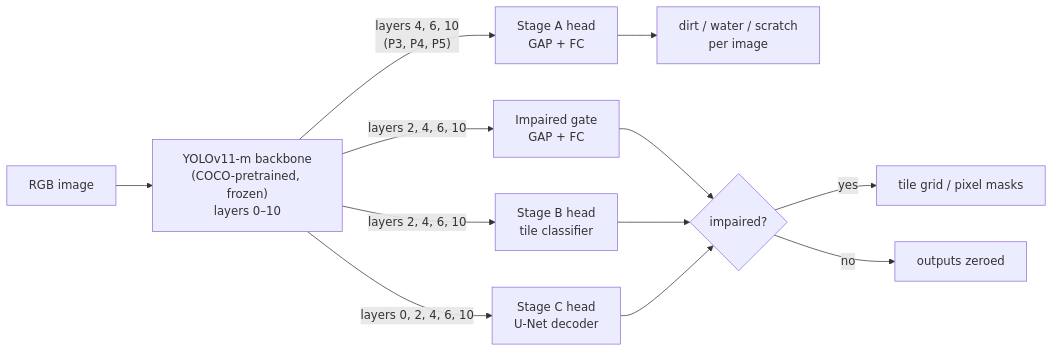
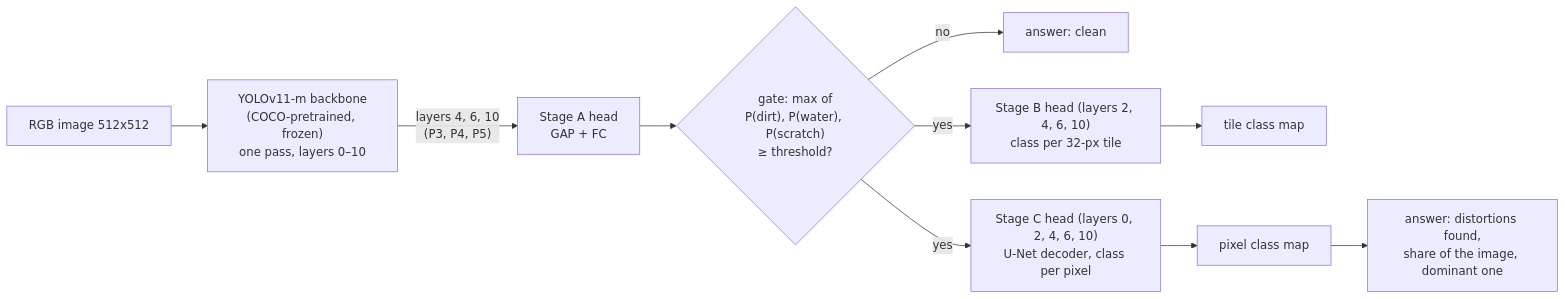
One commit to pelemele1/Farhad_Vaseghi_MA changed the diagram in README.md. Above: the diagram before and after it, drawn with Mermaid. The commit also changed other lines of this file and 37 other files, not shown here.

````diff
--- a/README.md
+++ b/README.md
@@ -79,14 +81,12 @@
 ```mermaid
 flowchart LR
-    I[RGB image] --> BB["YOLOv11-m backbone<br/>(COCO-pretrained, frozen)<br/>layers 0–10"]
+    I[RGB image 512x512] --> BB["YOLOv11-m backbone<br/>(COCO-pretrained, frozen)<br/>one pass, layers 0–10"]
     BB -- "layers 4, 6, 10<br/>(P3, P4, P5)" --> A["Stage A head<br/>GAP + FC"]
-    BB -- "layers 2, 4, 6, 10" --> G["Impaired gate<br/>GAP + FC"]
-    BB -- "layers 2, 4, 6, 10" --> B["Stage B head<br/>tile classifier"]
-    BB -- "layers 0, 2, 4, 6, 10" --> C["Stage C head<br/>U-Net decoder"]
-    A --> AO[dirt / water / scratch<br/>per image]
-    G --> GT{impaired?}
-    B --> GT
-    C --> GT
-    GT -- yes --> BO[tile grid / pixel masks]
-    GT -- no --> Z[outputs zeroed]
+    A --> G{"gate: max of<br/>P(dirt), P(water), P(scratch)<br/>≥ threshold?"}
+    G -- no --> CL[answer: clean]
+    G -- yes --> B["Stage B head (layers 2, 4, 6, 10)<br/>class per 32-px tile"]
+    G -- yes --> C["Stage C head (layers 0, 2, 4, 6, 10)<br/>U-Net decoder, class per pixel"]
+    B --> BM[tile class map]
+    C --> CM[pixel class map]
+    CM --> ANS[answer: distortions found,<br/>share of the image, dominant one]
 ```
````
